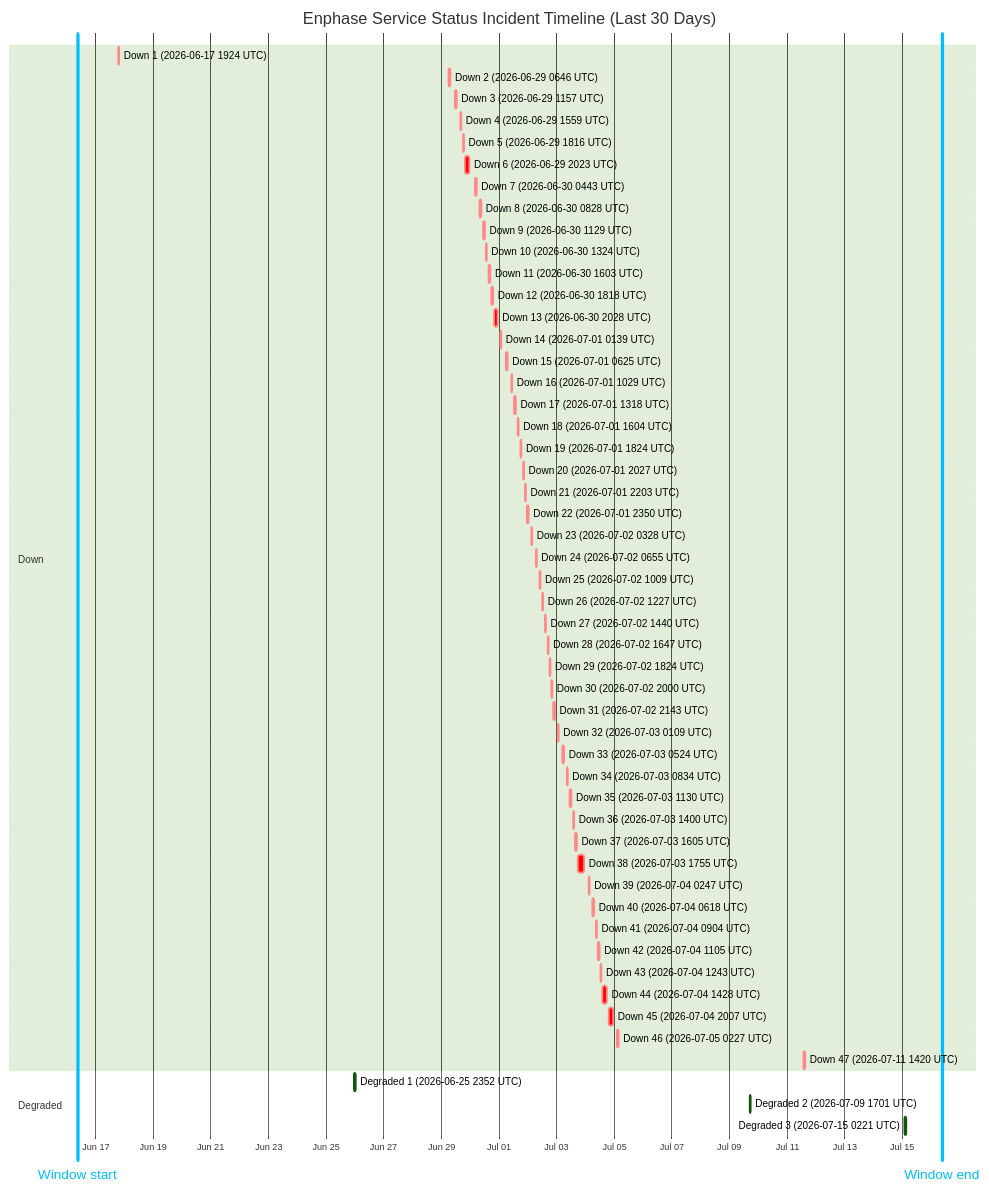
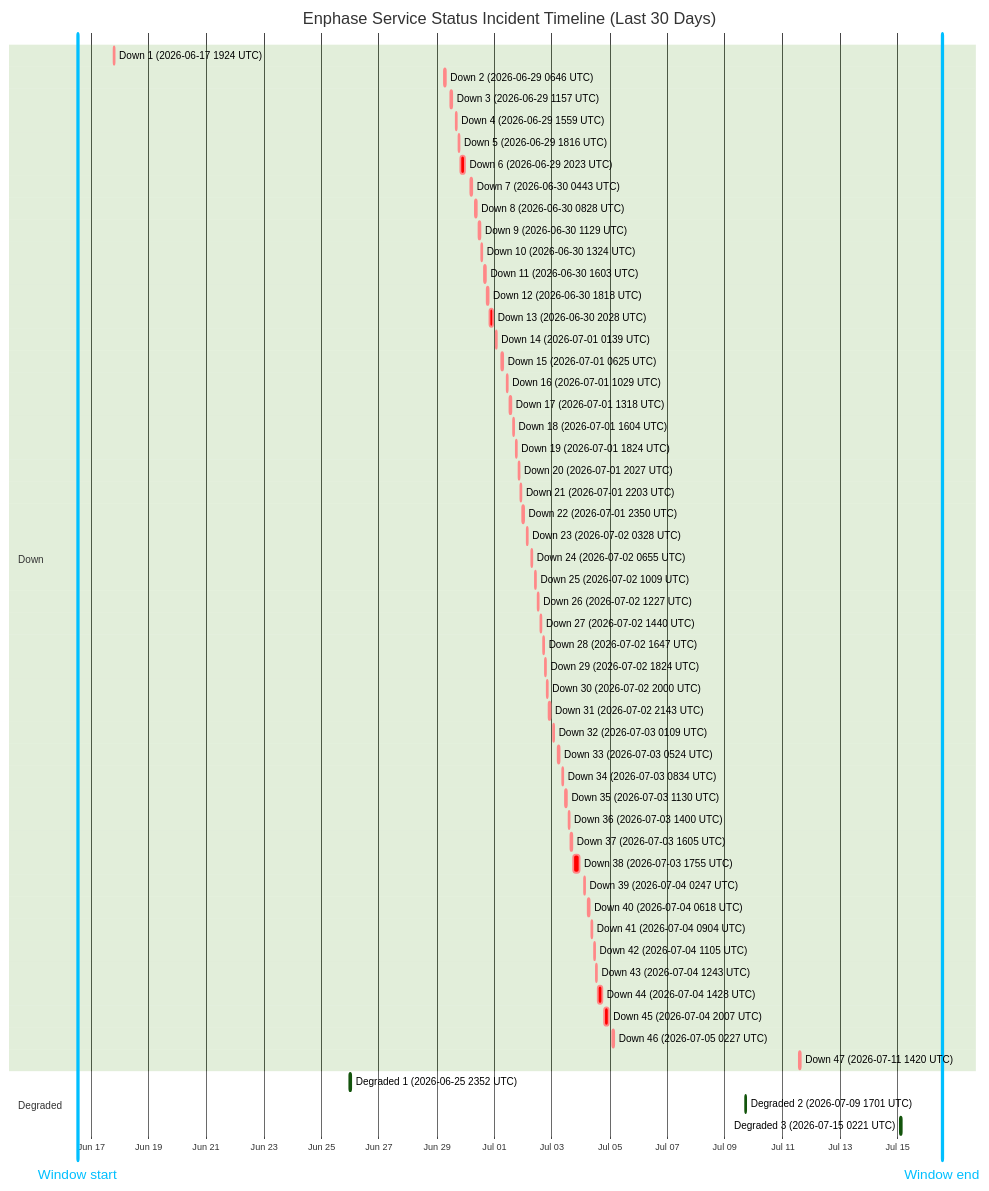
The diagram in wiki/Service-Status-History.md (barneyonline/ha-enphase-energy), drawn with Mermaid (forest theme) before and after one commit. The commit also changed other lines of this file and 3 other files, not shown here.

````diff
--- a/wiki/Service-Status-History.md
+++ b/wiki/Service-Status-History.md
@@ -14,60 +14,60 @@
 ```mermaid
 gantt
     title Enphase Service Status Incident Timeline (Last 30 Days)
     dateFormat  YYYY-MM-DDTHH:mm:ss
     axisFormat  %b %d
-    Window start :vert, window-start, 2026-06-16T09:11:43, 0ms
-    Window end :vert, window-end, 2026-07-16T09:11:43, 0ms
+    Window start :vert, window-start, 2026-06-16T12:58:47, 0ms
+    Window end :vert, window-end, 2026-07-16T12:58:47, 0ms
     section Down
     Down 1 (2026-06-17 1924 UTC) :crit, down-1, 2026-06-17T19:24:51, 60m
     Down 2 (2026-06-29 0646 UTC) :crit, down-2, 2026-06-29T06:46:18, 60m
     Down 3 (2026-06-29 1157 UTC) :crit, down-3, 2026-06-29T11:57:36, 60m
     Down 4 (2026-06-29 1559 UTC) :crit, down-4, 2026-06-29T15:59:02, 60m
     Down 5 (2026-06-29 1816 UTC) :crit, down-5, 2026-06-29T18:16:38, 60m
     Down 6 (2026-06-29 2023 UTC) :crit, down-6, 2026-06-29T20:23:16, 220m
     Down 7 (2026-06-30 0443 UTC) :crit, down-7, 2026-06-30T04:43:54, 60m
     Down 8 (2026-06-30 0828 UTC) :crit, down-8, 2026-06-30T08:28:43, 60m
     Down 9 (2026-06-30 1129 UTC) :crit, down-9, 2026-06-30T11:29:15, 60m
     Down 10 (2026-06-30 1324 UTC) :crit, down-10, 2026-06-30T13:24:25, 60m
     Down 11 (2026-06-30 1603 UTC) :crit, down-11, 2026-06-30T16:03:26, 60m
     Down 12 (2026-06-30 1818 UTC) :crit, down-12, 2026-06-30T18:18:39, 60m
     Down 13 (2026-06-30 2028 UTC) :crit, down-13, 2026-06-30T20:28:54, 171m
     Down 14 (2026-07-01 0139 UTC) :crit, down-14, 2026-07-01T01:39:18, 60m
     Down 15 (2026-07-01 0625 UTC) :crit, down-15, 2026-07-01T06:25:35, 60m
     Down 16 (2026-07-01 1029 UTC) :crit, down-16, 2026-07-01T10:29:24, 60m
     Down 17 (2026-07-01 1318 UTC) :crit, down-17, 2026-07-01T13:18:31, 60m
     Down 18 (2026-07-01 1604 UTC) :crit, down-18, 2026-07-01T16:04:29, 60m
     Down 19 (2026-07-01 1824 UTC) :crit, down-19, 2026-07-01T18:24:21, 60m
     Down 20 (2026-07-01 2027 UTC) :crit, down-20, 2026-07-01T20:27:17, 60m
     Down 21 (2026-07-01 2203 UTC) :crit, down-21, 2026-07-01T22:03:46, 60m
     Down 22 (2026-07-01 2350 UTC) :crit, down-22, 2026-07-01T23:50:52, 60m
     Down 23 (2026-07-02 0328 UTC) :crit, down-23, 2026-07-02T03:28:33, 60m
     Down 24 (2026-07-02 0655 UTC) :crit, down-24, 2026-07-02T06:55:07, 60m
     Down 25 (2026-07-02 1009 UTC) :crit, down-25, 2026-07-02T10:09:15, 60m
     Down 26 (2026-07-02 1227 UTC) :crit, down-26, 2026-07-02T12:27:49, 60m
     Down 27 (2026-07-02 1440 UTC) :crit, down-27, 2026-07-02T14:40:53, 60m
     Down 28 (2026-07-02 1647 UTC) :crit, down-28, 2026-07-02T16:47:47, 60m
     Down 29 (2026-07-02 1824 UTC) :crit, down-29, 2026-07-02T18:24:26, 60m
     Down 30 (2026-07-02 2000 UTC) :crit, down-30, 2026-07-02T20:00:57, 60m
     Down 31 (2026-07-02 2143 UTC) :crit, down-31, 2026-07-02T21:43:52, 80m
     Down 32 (2026-07-03 0109 UTC) :crit, down-32, 2026-07-03T01:09:19, 60m
     Down 33 (2026-07-03 0524 UTC) :crit, down-33, 2026-07-03T05:24:23, 60m
     Down 34 (2026-07-03 0834 UTC) :crit, down-34, 2026-07-03T08:34:05, 60m
     Down 35 (2026-07-03 1130 UTC) :crit, down-35, 2026-07-03T11:30:41, 60m
     Down 36 (2026-07-03 1400 UTC) :crit, down-36, 2026-07-03T14:00:48, 60m
     Down 37 (2026-07-03 1605 UTC) :crit, down-37, 2026-07-03T16:05:49, 60m
     Down 38 (2026-07-03 1755 UTC) :crit, down-38, 2026-07-03T17:55:54, 338m
     Down 39 (2026-07-04 0247 UTC) :crit, down-39, 2026-07-04T02:47:22, 60m
     Down 40 (2026-07-04 0618 UTC) :crit, down-40, 2026-07-04T06:18:09, 60m
     Down 41 (2026-07-04 0904 UTC) :crit, down-41, 2026-07-04T09:04:41, 60m
     Down 42 (2026-07-04 1105 UTC) :crit, down-42, 2026-07-04T11:05:21, 60m
     Down 43 (2026-07-04 1243 UTC) :crit, down-43, 2026-07-04T12:43:25, 60m
     Down 44 (2026-07-04 1428 UTC) :crit, down-44, 2026-07-04T14:28:07, 243m
     Down 45 (2026-07-04 2007 UTC) :crit, down-45, 2026-07-04T20:07:50, 206m
     Down 46 (2026-07-05 0227 UTC) :crit, down-46, 2026-07-05T02:27:32, 109m
     Down 47 (2026-07-11 1420 UTC) :crit, down-47, 2026-07-11T14:20:54, 69m
     section Degraded
     Degraded 1 (2026-06-25 2352 UTC) :active, degraded-1, 2026-06-25T23:52:01, 60m
     Degraded 2 (2026-07-09 1701 UTC) :active, degraded-2, 2026-07-09T17:01:02, 60m
     Degraded 3 (2026-07-15 0221 UTC) :active, degraded-3, 2026-07-15T02:21:35, 60m
 ```
````
